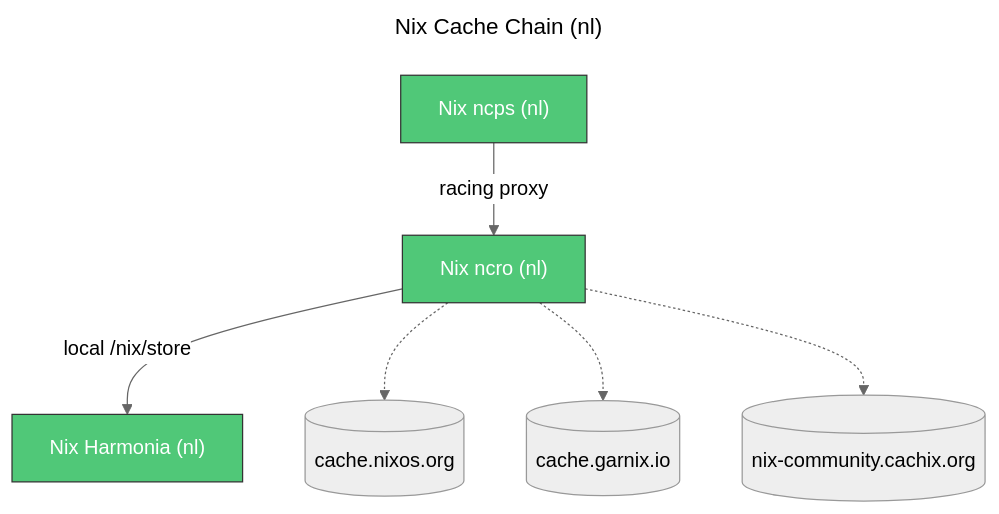
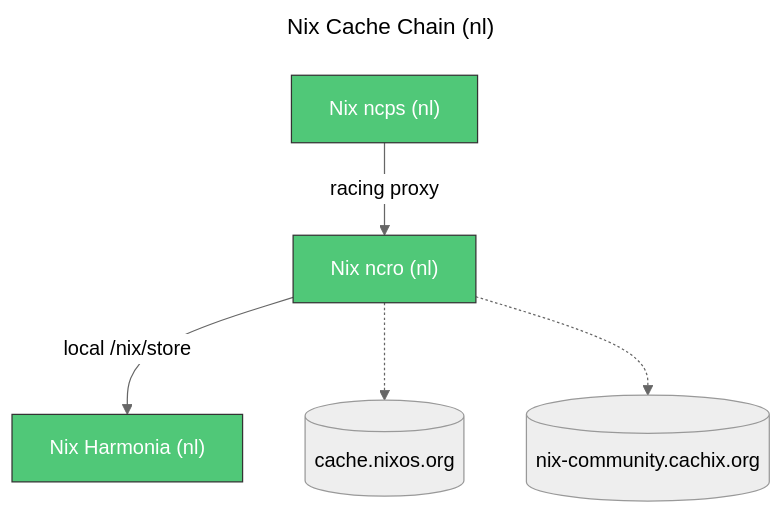
Before and after one commit to levonk/infrahub: the second of 3 diagrams in SERVICES.md, drawn with Mermaid (neutral theme). The commit also changed other lines of this file and 260 other files, not shown here.

Commit message:
Remove cache.garnix.io, deploy nix cache chain, update ADR with nix-sidecar supplement

````diff
--- a/SERVICES.md
+++ b/SERVICES.md
@@ -60,21 +60,19 @@
 ```mermaid
 ---
 title: Nix Cache Chain (nl)
 ---
 flowchart TD
     Nix_ncps__nl_["Nix ncps (nl)"]
     Nix_ncro__nl_["Nix ncro (nl)"]
     Nix_ncps__nl_ -->|racing proxy| Nix_ncro__nl_
     Nix_Harmonia__nl_["Nix Harmonia (nl)"]
     Nix_ncro__nl_ -->|local /nix/store| Nix_Harmonia__nl_
     https___cache_nixos_org_Nix_Cache_Chain__nl_[("cache.nixos.org")]
     Nix_ncro__nl_ -.-> https___cache_nixos_org_Nix_Cache_Chain__nl_
-    https___cache_garnix_io_Nix_Cache_Chain__nl_[("cache.garnix.io")]
-    Nix_ncro__nl_ -.-> https___cache_garnix_io_Nix_Cache_Chain__nl_
     https___nix_community_cachix_org_Nix_Cache_Chain__nl_[("nix-community.cachix.org")]
     Nix_ncro__nl_ -.-> https___nix_community_cachix_org_Nix_Cache_Chain__nl_
 
     %% Machine color coding
     classDef machine_dtop_Nix_Cache_Chain__nl_ fill:#50C878,color:#fff,stroke:#333,stroke-width:1px
     class Nix_Harmonia__nl_,Nix_ncro__nl_,Nix_ncps__nl_ machine_dtop_Nix_Cache_Chain__nl_
 ```
````
